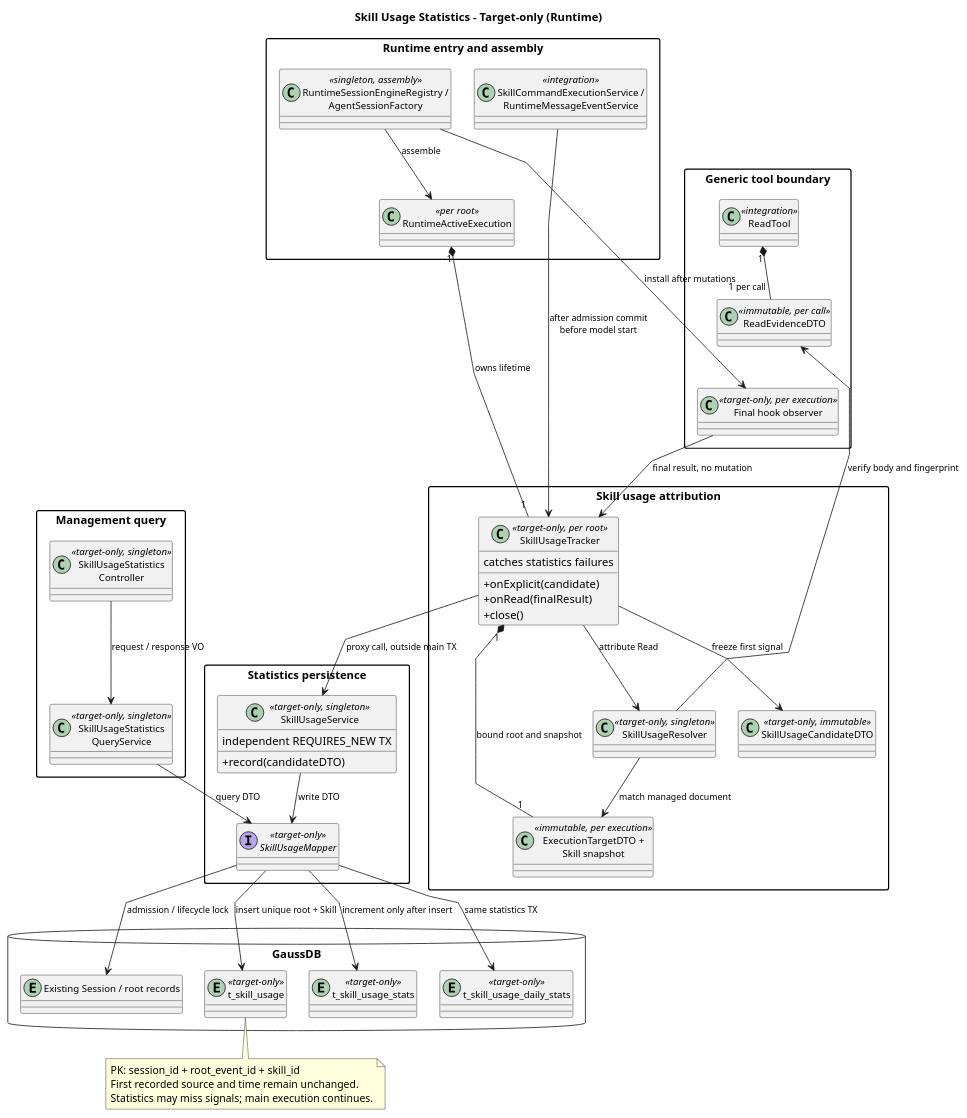
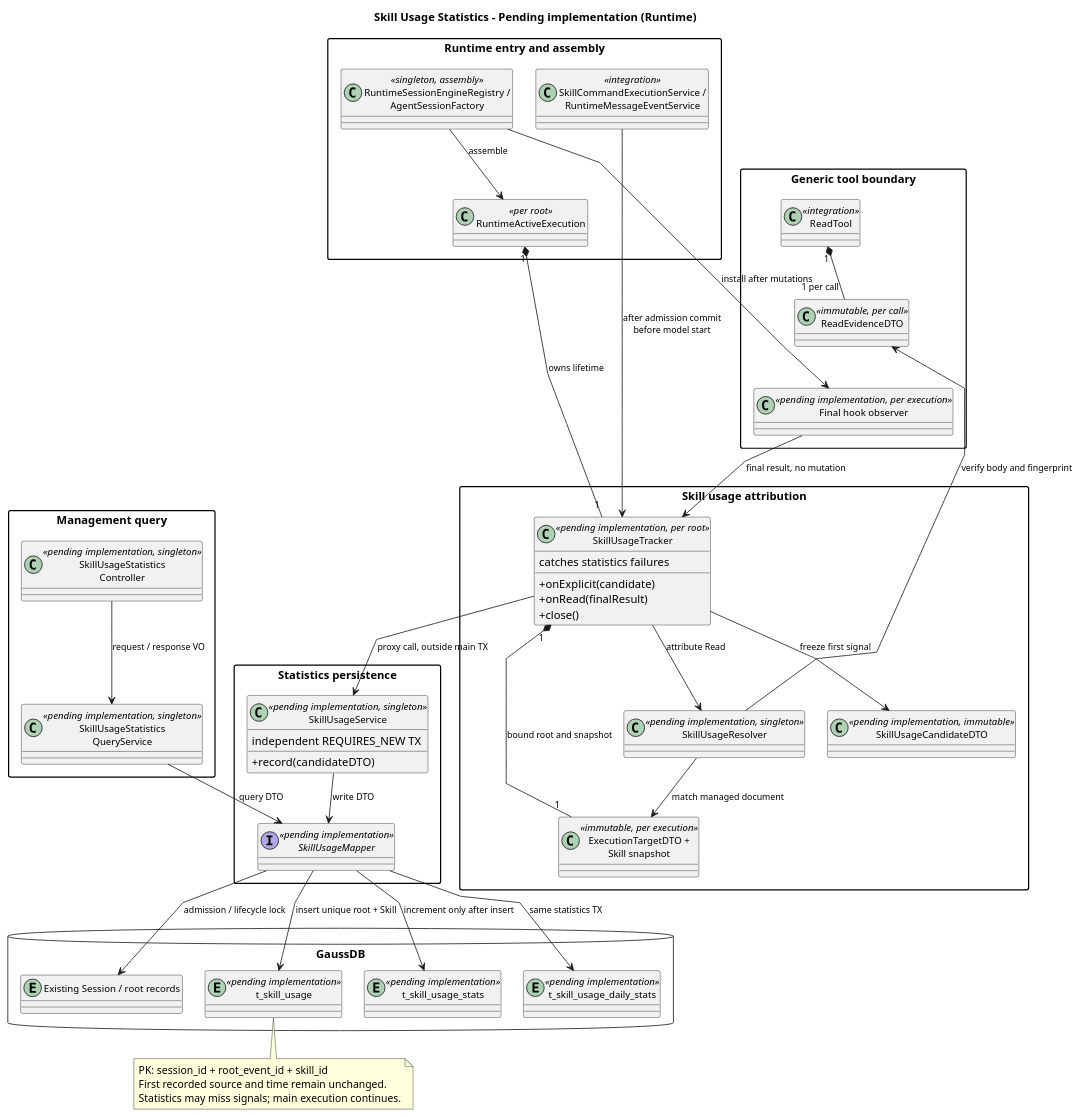
Before and after one commit to ssm0808/pi-mono-java-design: the first of 2 diagrams in 04-命令与技能/03-Skill加载统计/diagram.puml, drawn with PlantUML. The commit also changed other lines of this file and 182 other files, not shown here.

```diff
--- a/04-命令与技能/03-Skill加载统计/diagram.puml
+++ b/04-命令与技能/03-Skill加载统计/diagram.puml
@@ -1,88 +1,88 @@
 @startuml skill_load_statistics_classes
 allowmixing
 ' Source evidence: Codex d58d0e5841e0de08e251673db2d5af8cf3a1ad51 codex-rs/core/src/skills.rs emit_explicit_skill_invocations
 ' Source evidence: pi 5cd93f688aaab89dbb6dfa4aca535f21796ae185 packages/agent/src/types.ts AgentEvent
 ' Source evidence: Java f61906b9136246ca60f333704b6fc92b5420d0ec modules/coding-agent-cli/src/main/java/com/campusclaw/codingagent/runtimeapi/dto/ExecutionTargetDTO.java
 ' Source evidence: modules/coding-agent-cli/src/main/java/com/campusclaw/codingagent/session/AgentSessionFactory.java configureAgent
 ' Source evidence: modules/coding-agent-cli/src/main/java/com/campusclaw/codingagent/runtimeapi/event/RuntimeMessageEventService.java accept/startAccepted
 ' Observed behavior: Runtime binds a real root after admission; generic hooks can alter tool results.
 ' Design reason: one tracker per root unifies signals; statistics failures leave main execution unchanged.
-' Java divergence: all statistics types and integration arrows are target-only; scope is Runtime.
-title Skill Usage Statistics - Target-only (Runtime)
+' Java divergence: all statistics types and integration arrows are pending implementation; scope is Runtime.
+title Skill Usage Statistics - Pending implementation (Runtime)
 top to bottom direction
 skinparam shadowing false
 skinparam backgroundColor #FFFFFF
 skinparam linetype polyline
 skinparam nodesep 28
 skinparam ranksep 35
 skinparam classAttributeIconSize 0
 skinparam packageStyle rectangle
 skinparam defaultFontName SansSerif
 skinparam ArrowFontSize 11
 skinparam classFontSize 12
 package "Runtime entry and assembly" {
   class "SkillCommandExecutionService /\nRuntimeMessageEventService" as Command <<integration>>
   class "RuntimeActiveExecution" as Execution <<per root>>
   class "RuntimeSessionEngineRegistry /\nAgentSessionFactory" as Factory <<singleton, assembly>>
 }
 package "Generic tool boundary" {
   class "ReadTool" as Read <<integration>>
   class "ReadEvidenceDTO" as Evidence <<immutable, per call>>
-  class "Final hook observer" as Observer <<target-only, per execution>>
+  class "Final hook observer" as Observer <<pending implementation, per execution>>
 }
 package "Skill usage attribution" {
   class "ExecutionTargetDTO +\nSkill snapshot" as Snapshot <<immutable, per execution>>
-  class "SkillUsageResolver" as Resolver <<target-only, singleton>>
-  class "SkillUsageTracker" as Tracker <<target-only, per root>> {
+  class "SkillUsageResolver" as Resolver <<pending implementation, singleton>>
+  class "SkillUsageTracker" as Tracker <<pending implementation, per root>> {
     +onExplicit(candidate)
     +onRead(finalResult)
     +close()
     catches statistics failures
   }
-  class "SkillUsageCandidateDTO" as Candidate <<target-only, immutable>>
+  class "SkillUsageCandidateDTO" as Candidate <<pending implementation, immutable>>
 }
 package "Management query" {
-  class "SkillUsageStatistics\nController" as Controller <<target-only, singleton>>
-  class "SkillUsageStatistics\nQueryService" as Query <<target-only, singleton>>
+  class "SkillUsageStatistics\nController" as Controller <<pending implementation, singleton>>
+  class "SkillUsageStatistics\nQueryService" as Query <<pending implementation, singleton>>
 }
 package "Statistics persistence" {
-  class "SkillUsageService" as Writer <<target-only, singleton>> {
+  class "SkillUsageService" as Writer <<pending implementation, singleton>> {
     +record(candidateDTO)
     independent REQUIRES_NEW TX
   }
-  interface "SkillUsageMapper" as Mapper <<target-only>>
+  interface "SkillUsageMapper" as Mapper <<pending implementation>>
 }
 database "GaussDB" {
     entity "Existing Session / root records" as Session
-    entity "t_skill_usage" as Fact <<target-only>>
-    entity "t_skill_usage_stats" as Total <<target-only>>
-    entity "t_skill_usage_daily_stats" as Daily <<target-only>>
+    entity "t_skill_usage" as Fact <<pending implementation>>
+    entity "t_skill_usage_stats" as Total <<pending implementation>>
+    entity "t_skill_usage_daily_stats" as Daily <<pending implementation>>
 }
 Factory --> Execution : assemble
 Writer -[hidden]right-> Controller
 Factory -[norank]-> Observer : install after mutations
 Execution "1" *-- "1" Tracker : owns lifetime
 Tracker "1" *-- "1" Snapshot : bound root and snapshot
 Command --> Tracker : after admission commit\nbefore model start
 Read "1" *-- "1 per call" Evidence
 Evidence -[hidden]down-> Observer
 Execution -[hidden]right-> Read
 Observer --> Tracker : final result, no mutation
 Tracker --> Resolver : attribute Read
 Resolver -[norank]-> Evidence : verify body and fingerprint
 Resolver --> Snapshot : match managed document
 Tracker --> Candidate : freeze first signal
 Tracker --> Writer : proxy call, outside main TX
 Controller --> Query : request / response VO
 Query --> Mapper : query DTO
 Writer --> Mapper : write DTO
 Mapper --> Session : admission / lifecycle lock
 Mapper --> Fact : insert unique root + Skill
 Mapper --> Total : increment only after insert
 Mapper --> Daily : same statistics TX
 note bottom of Fact
   PK: session_id + root_event_id + skill_id
   First recorded source and time remain unchanged.
   Statistics may miss signals; main execution continues.
 end note
 @enduml
```
